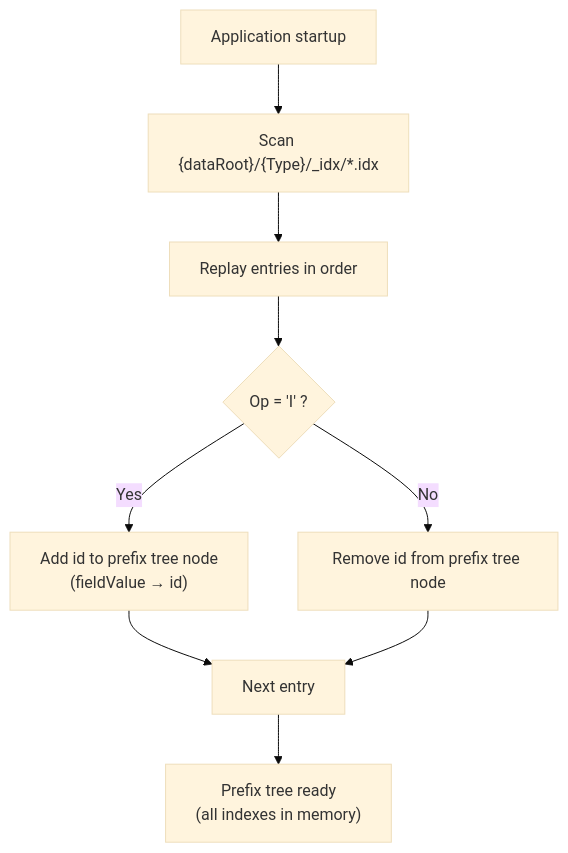
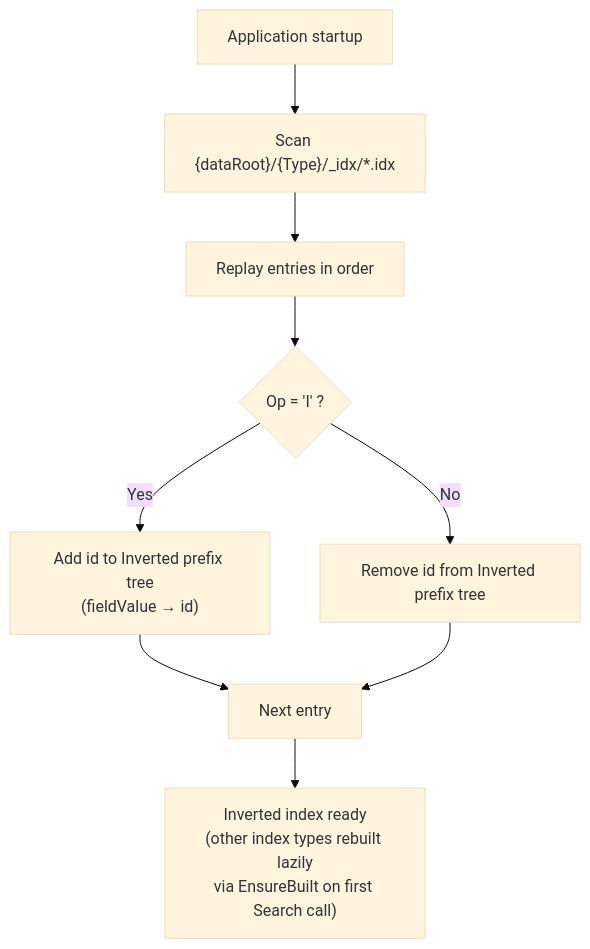
One commit to WillEastbury/BareMetalWeb changed the fourth of 5 diagrams in docs/architecture/indexing.md. Above: the diagram before and after it, drawn with Mermaid (base theme). The commit also changed other lines of this file and 6 other files, not shown here.

Commit message:
docs: comprehensive documentation run - handlers reference, vector index, graph/spatial indexes, architecture updates

````diff
--- a/docs/architecture/indexing.md
+++ b/docs/architecture/indexing.md
@@ -88,11 +111,11 @@
 ```mermaid
 flowchart TD
     Start["Application startup"] --> Scan["Scan {dataRoot}/{Type}/_idx/*.idx"]
     Scan --> Replay["Replay entries in order"]
     Replay --> Insert{"Op = 'I' ?"}
-    Insert -->|Yes| AddTree["Add id to prefix tree node<br/>(fieldValue → id)"]
-    Insert -->|No| DelTree["Remove id from prefix tree node"]
+    Insert -->|Yes| AddTree["Add id to Inverted prefix tree\n(fieldValue → id)"]
+    Insert -->|No| DelTree["Remove id from Inverted prefix tree"]
     AddTree --> Next["Next entry"]
     DelTree --> Next
-    Next --> Done["Prefix tree ready<br/>(all indexes in memory)"]
+    Next --> Done["Inverted index ready\n(other index types rebuilt lazily\nvia EnsureBuilt on first Search call)"]
 ```
````
